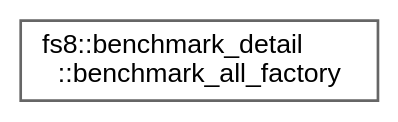
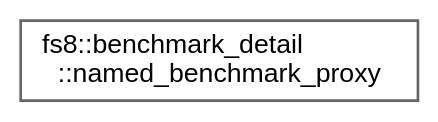
One commit to the-moisrex/foresight changed the diagram in api/inherit_graph_48.dot. Above: the diagram before and after it, drawn with Graphviz. The commit also changed 306 other files, not shown here.

```diff
--- a/api/inherit_graph_48.dot
+++ b/api/inherit_graph_48.dot
@@ -1,9 +1,9 @@
 digraph "Graphical Class Hierarchy"
 {
  // LATEX_PDF_SIZE
   bgcolor="transparent";
   edge [fontname=Helvetica,fontsize=10,labelfontname=Helvetica,labelfontsize=10];
   node [fontname=Helvetica,fontsize=10,shape=box,height=0.2,width=0.4];
   rankdir="LR";
-  Node0 [id="Node000000",label="fs8::benchmark_detail\l::benchmark_all_factory",height=0.2,width=0.4,color="grey40", fillcolor="white", style="filled",URL="$structfs8_1_1benchmark__detail_1_1benchmark__all__factory.html",tooltip=" "];
+  Node0 [id="Node000000",label="fs8::benchmark_detail\l::named_benchmark_proxy",height=0.2,width=0.4,color="grey40", fillcolor="white", style="filled",URL="$structfs8_1_1benchmark__detail_1_1named__benchmark__proxy.html",tooltip=" "];
 }
```
